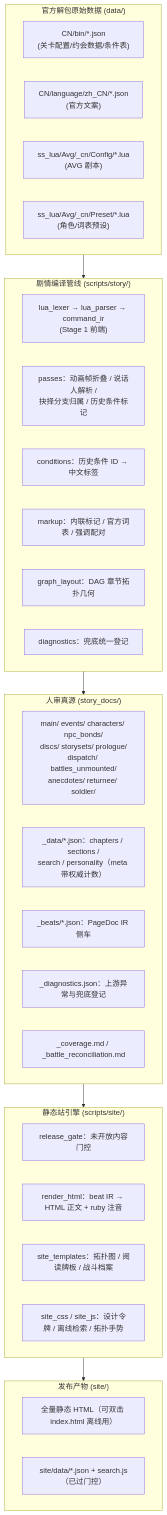
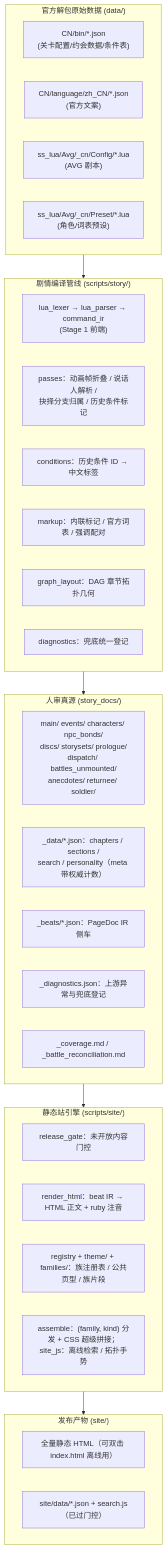
Before and after one commit to 419bw/stellasora-archive: the diagram in _dev/OPERATION_MANUAL.md, drawn with Mermaid. The commit also changed other lines of this file and 3 other files, not shown here.

````diff
--- a/_dev/OPERATION_MANUAL.md
+++ b/_dev/OPERATION_MANUAL.md
@@ -39,43 +39,43 @@
 ```mermaid
 flowchart TD
     subgraph DataSources["官方解包原始数据 (data/)"]
         A1["CN/bin/*.json<br/>(关卡配置/约会数据/条件表)"]
         A2["CN/language/zh_CN/*.json<br/>(官方文案)"]
         A3["ss_lua/Avg/_cn/Config/*.lua<br/>(AVG 剧本)"]
         A4["ss_lua/Avg/_cn/Preset/*.lua<br/>(角色/词表预设)"]
     end
 
     subgraph StoryPipeline["剧情编译管线 (scripts/story/)"]
         B1["lua_lexer → lua_parser → command_ir<br/>(Stage 1 前端)"]
         B2["passes：动画帧折叠 / 说话人解析 /<br/>抉择分支归属 / 历史条件标记"]
         B3["conditions：历史条件 ID → 中文标签"]
         B4["markup：内联标记 / 官方词表 / 强调配对"]
         B5["graph_layout：DAG 章节拓扑几何"]
         B6["diagnostics：兜底统一登记"]
     end
 
     subgraph StoryDocs["人审真源 (story_docs/)"]
         C1["main/ events/ characters/ npc_bonds/<br/>discs/ storysets/ prologue/<br/>dispatch/ battles_unmounted/<br/>anecdotes/ returnee/ soldier/"]
         C2["_data/*.json：chapters / sections /<br/>search / personality（meta 带权威计数）"]
         C3["_beats/*.json：PageDoc IR 侧车"]
         C4["_diagnostics.json：上游异常与兜底登记"]
         C5["_coverage.md / _battle_reconciliation.md"]
     end
 
     subgraph SitePipeline["静态站引擎 (scripts/site/)"]
         D1["release_gate：未开放内容门控"]
         D2["render_html：beat IR → HTML 正文 + ruby 注音"]
-        D3["site_templates：拓扑图 / 阅读牌板 / 战斗档案"]
-        D4["site_css / site_js：设计令牌 / 离线检索 / 拓扑手势"]
+        D3["registry + theme/ + families/：族注册表 / 公共页型 / 族片段"]
+        D4["assemble：(family, kind) 分发 + CSS 超级拼接；site_js：离线检索 / 拓扑手势"]
     end
 
     subgraph Output["发布产物 (site/)"]
         E1["全量静态 HTML（可双击 index.html 离线用）"]
         E2["site/data/*.json + search.js（已过门控）"]
     end
 
     DataSources --> StoryPipeline
     StoryPipeline --> StoryDocs
     StoryDocs --> SitePipeline
     SitePipeline --> Output
 ```
````
